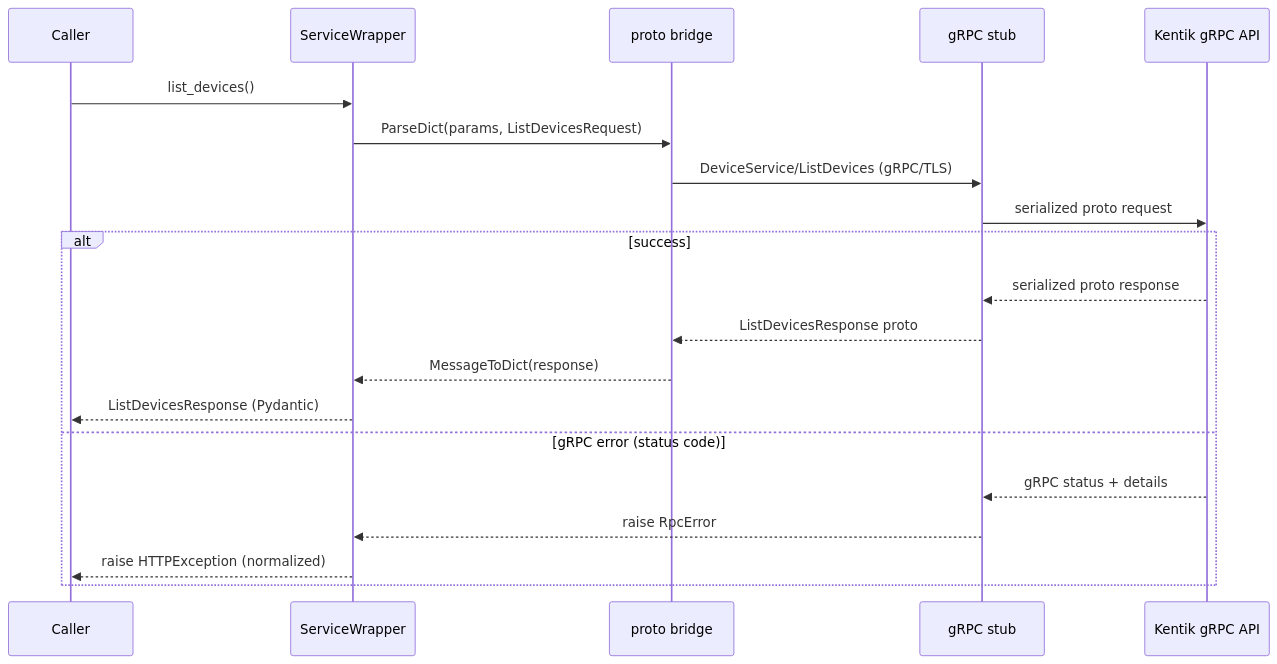
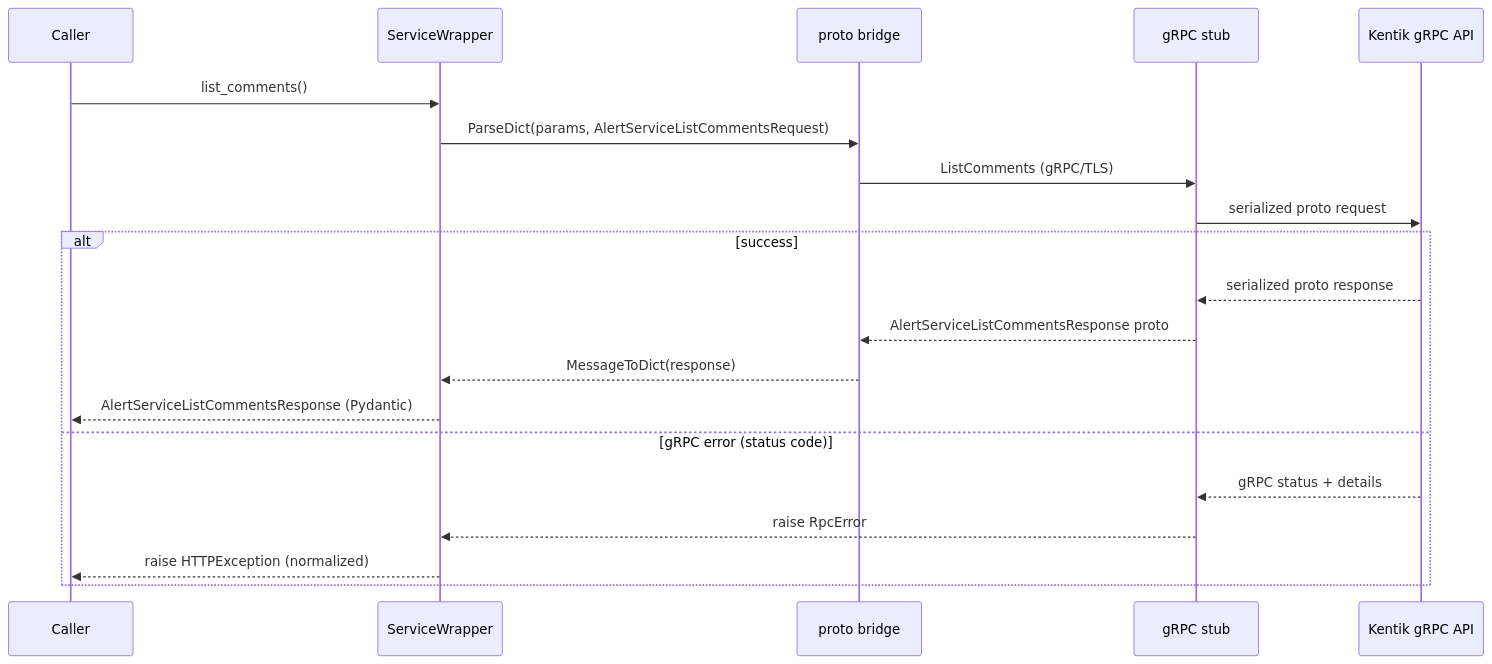
Before and after one commit to alexdearaujo/community_sdk_python: the second of 2 diagrams in docs/guides/grpc.md, drawn with Mermaid. The commit also changed other lines of this file and 10 other files, not shown here.

````diff
--- a/docs/guides/grpc.md
+++ b/docs/guides/grpc.md
@@ -56,23 +63,23 @@
 ```mermaid
 sequenceDiagram
     participant C as Caller
     participant W as ServiceWrapper
     participant B as proto bridge
     participant S as gRPC stub
     participant API as Kentik gRPC API
 
-    C->>W: list_devices()
-    W->>B: ParseDict(params, ListDevicesRequest)
-    B->>S: DeviceService/ListDevices (gRPC/TLS)
+    C->>W: list_comments()
+    W->>B: ParseDict(params, AlertServiceListCommentsRequest)
+    B->>S: ListComments (gRPC/TLS)
     S->>API: serialized proto request
     alt success
         API-->>S: serialized proto response
-        S-->>B: ListDevicesResponse proto
+        S-->>B: AlertServiceListCommentsResponse proto
         B-->>W: MessageToDict(response)
-        W-->>C: ListDevicesResponse (Pydantic)
+        W-->>C: AlertServiceListCommentsResponse (Pydantic)
     else gRPC error (status code)
         API-->>S: gRPC status + details
         S-->>W: raise RpcError
         W-->>C: raise HTTPException (normalized)
     end
 ```
````
